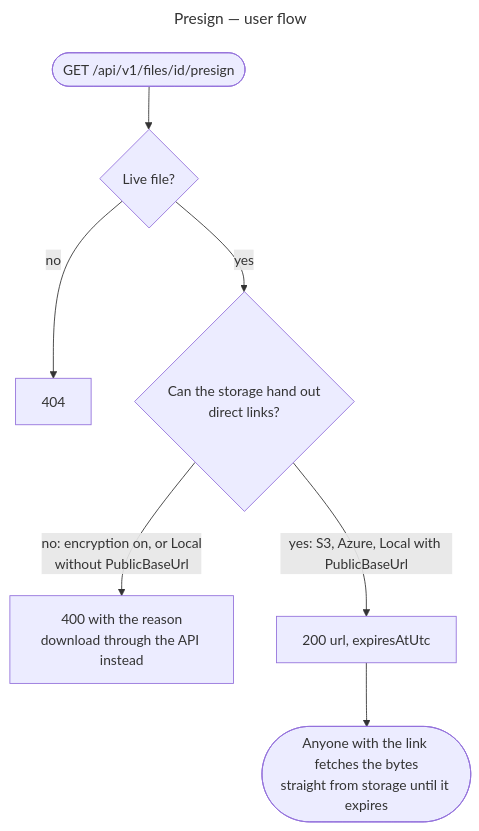
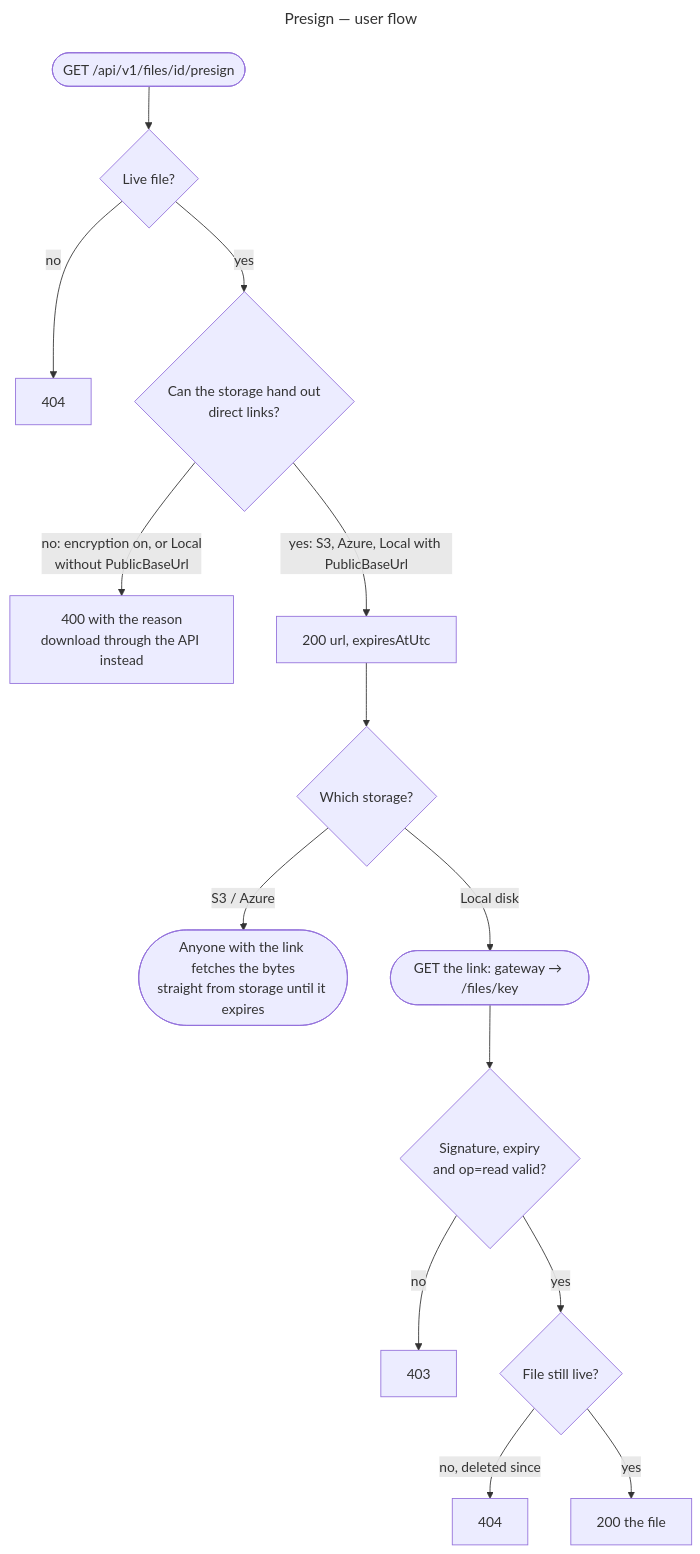
One commit to gmetskhvarishvili/GM.FileStorage.Samples changed the tenth of 11 diagrams in docs/user-flows.md. Above: the diagram before and after it, drawn with Mermaid. The commit also changed other lines of this file and 17 other files, not shown here.

First line of the commit message:
feat: serve signed presigned links for local disk

````diff
--- a/docs/user-flows.md
+++ b/docs/user-flows.md
@@ -201,12 +201,19 @@
 ```mermaid
 ---
 title: Presign — user flow
 ---
 flowchart TD
     start([GET /api/v1/files/id/presign]) --> live{Live file?}
     live -- no --> f404[404]
     live -- yes --> can{Can the storage hand out<br/>direct links?}
     can -- "no: encryption on, or Local<br/>without PublicBaseUrl" --> r400[400 with the reason<br/>download through the API instead]
     can -- "yes: S3, Azure, Local with PublicBaseUrl" --> ok[200 url, expiresAtUtc]
-    ok --> use([Anyone with the link fetches the bytes<br/>straight from storage until it expires])
+    ok --> where{Which storage?}
+    where -- S3 / Azure --> direct([Anyone with the link fetches the bytes<br/>straight from storage until it expires])
+    where -- "Local disk" --> fetch([GET the link: gateway → /files/key])
+    fetch --> sig{Signature, expiry<br/>and op=read valid?}
+    sig -- no --> s403[403]
+    sig -- yes --> still{File still live?}
+    still -- "no, deleted since" --> d404[404]
+    still -- yes --> served[200 the file]
 ```
````
